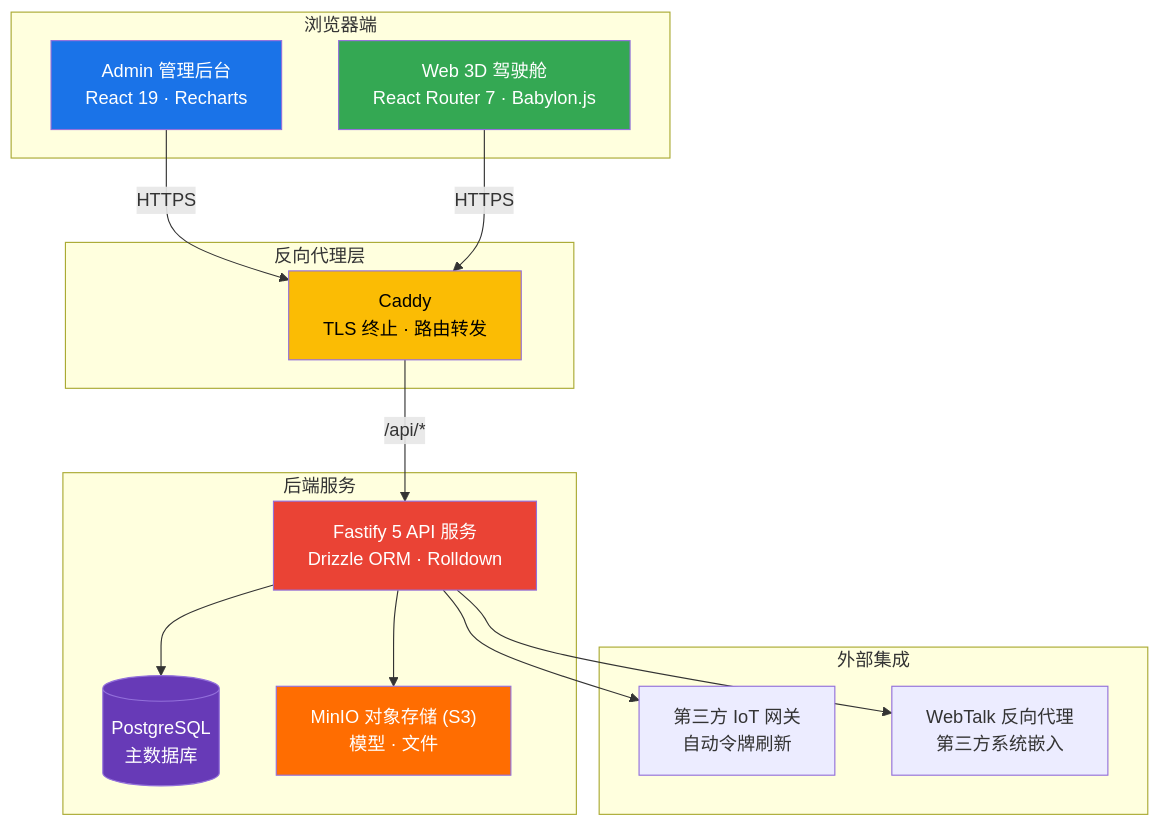
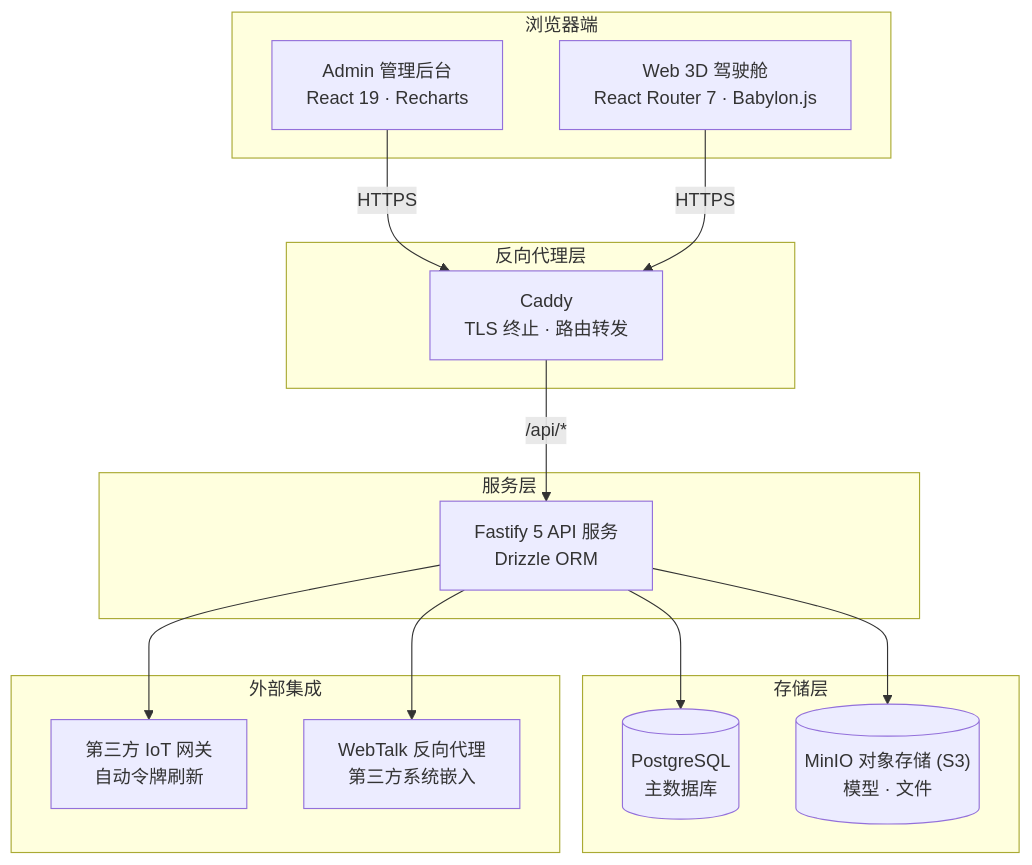
One commit to hyooeewee/ecoctrl changed the diagram in apps/docs/guide/getting-started/platform-overview.md. Above: the diagram before and after it, drawn with Mermaid. The commit also changed other lines of this file, not shown here.

Commit message:
refactor(docs): update backend and storage sections in platform overview for clarity

````diff
--- a/apps/docs/guide/getting-started/platform-overview.md
+++ b/apps/docs/guide/getting-started/platform-overview.md
@@ -23,37 +23,33 @@
 ```mermaid
 flowchart TB
     subgraph Browser["浏览器端"]
         Admin["Admin 管理后台<br/>React 19 · Recharts"]
         Web["Web 3D 驾驶舱<br/>React Router 7 · Babylon.js"]
     end
 
     subgraph Proxy["反向代理层"]
         Caddy["Caddy<br/>TLS 终止 · 路由转发"]
     end
 
-    subgraph Backend["后端服务"]
-        API["Fastify 5 API 服务<br/>Drizzle ORM · Rolldown"]
-        PG[("PostgreSQL<br/>主数据库")]
-        MinIO["MinIO 对象存储 (S3)<br/>模型 · 文件"]
+    subgraph Backend["服务层"]
+        API["Fastify 5 API 服务<br/>Drizzle ORM"]
     end
 
-    subgraph External["外部集成"]
+    subgraph Storage["存储层"]
+        PG[("PostgreSQL<br/>主数据库")]
+        MinIO[("MinIO 对象存储 (S3)<br/>模型 · 文件")]
+    end
+
+    subgraph Intergation["外部集成"]
         IoT["第三方 IoT 网关<br/>自动令牌刷新"]
         WebTalk["WebTalk 反向代理<br/>第三方系统嵌入"]
     end
 
     Admin -->|HTTPS| Caddy
     Web -->|HTTPS| Caddy
     Caddy -->|/api/*| API
     API --> PG
     API --> MinIO
     API --> IoT
     API --> WebTalk
-
-    style Admin fill:#1a73e8,color:#fff
-    style Web fill:#34a853,color:#fff
-    style Caddy fill:#fbbc04,color:#000
-    style API fill:#ea4335,color:#fff
-    style PG fill:#673ab7,color:#fff
-    style MinIO fill:#ff6d01,color:#fff
 ```
````
